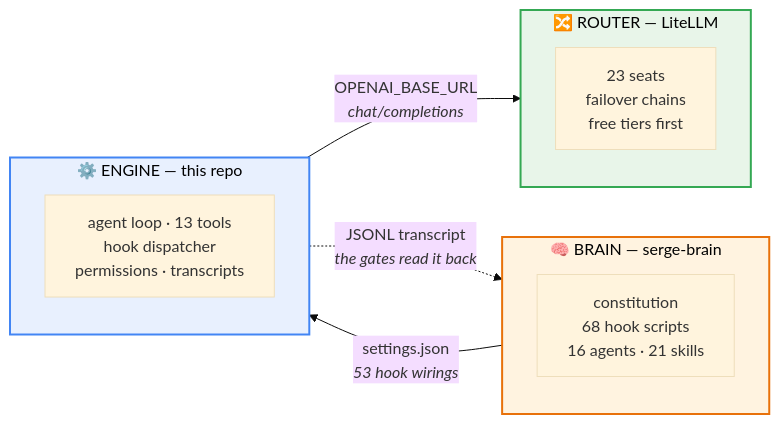
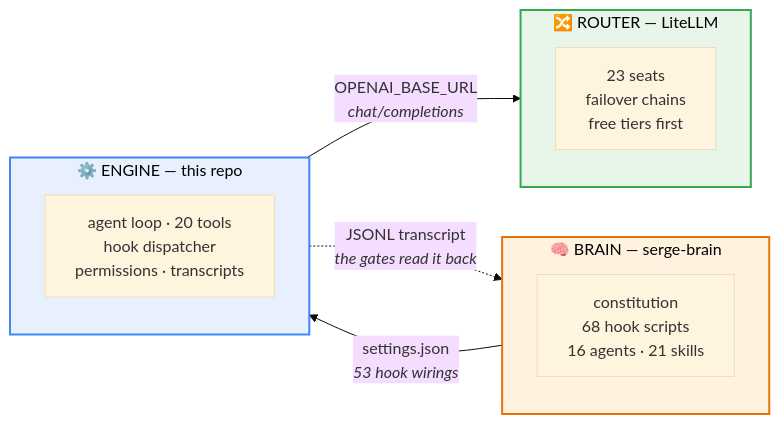
Before and after one commit to robsevo/serge-engine: the first of 2 diagrams in README.md, drawn with Mermaid (base theme). The commit also changed other lines of this file, not shown here.

First line of the commit message:
docs: the seven new tools, and what makes background work safe

````diff
--- a/README.md
+++ b/README.md
@@ -56,25 +56,25 @@
 ```mermaid
 flowchart LR
     subgraph BRAIN["🧠 BRAIN — serge-brain"]
         direction TB
         B1["constitution<br/>68 hook scripts<br/>16 agents · 21 skills"]
     end
 
     subgraph ENGINE["⚙️ ENGINE — this repo"]
         direction TB
-        E1["agent loop · 13 tools<br/>hook dispatcher<br/>permissions · transcripts"]
+        E1["agent loop · 20 tools<br/>hook dispatcher<br/>permissions · transcripts"]
     end
 
     subgraph ROUTER["🔀 ROUTER — LiteLLM"]
         direction TB
         R1["23 seats<br/>failover chains<br/>free tiers first"]
     end
 
     BRAIN -->|"settings.json<br/><i>53 hook wirings</i>"| ENGINE
     ENGINE -->|"OPENAI_BASE_URL<br/><i>chat/completions</i>"| ROUTER
     ENGINE -.->|"JSONL transcript<br/><i>the gates read it back</i>"| BRAIN
 
     style BRAIN fill:#fff3e0,stroke:#e8710a,stroke-width:2px,color:#000
     style ENGINE fill:#e8f0fe,stroke:#4285f4,stroke-width:2px,color:#000
     style ROUTER fill:#e8f5e9,stroke:#34a853,stroke-width:2px,color:#000
 ```
````
